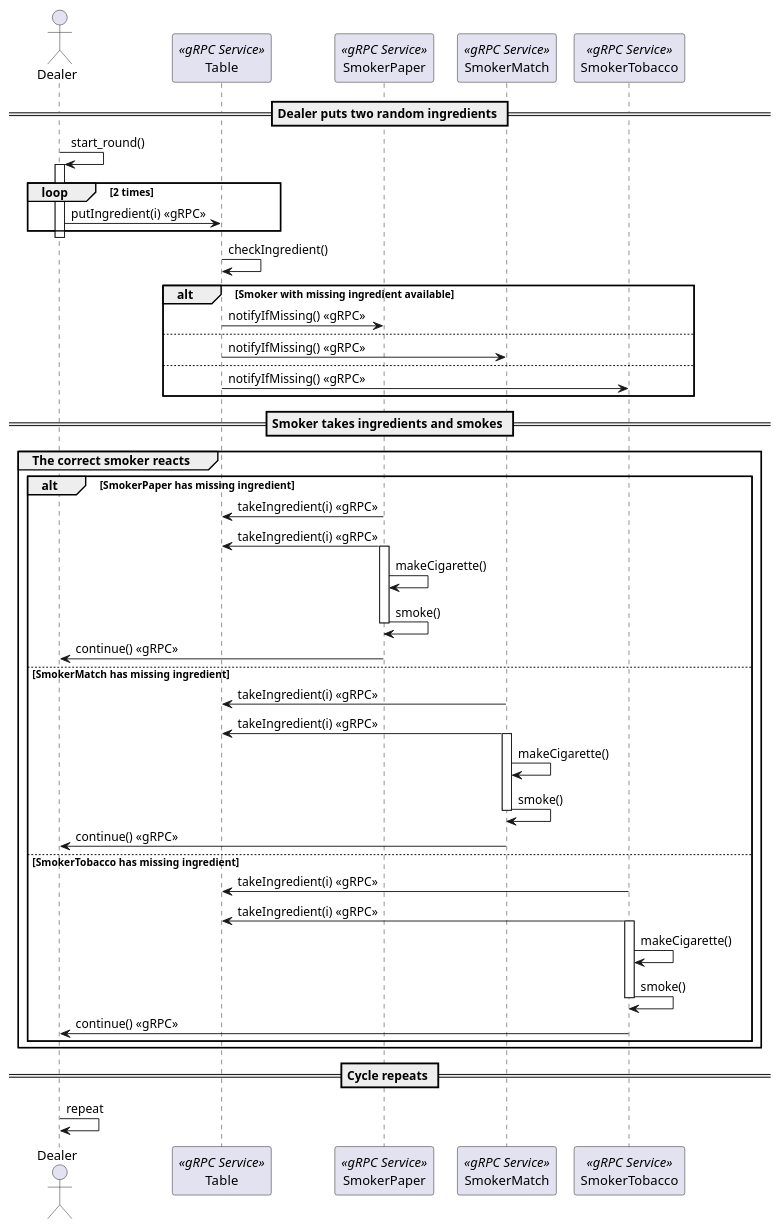
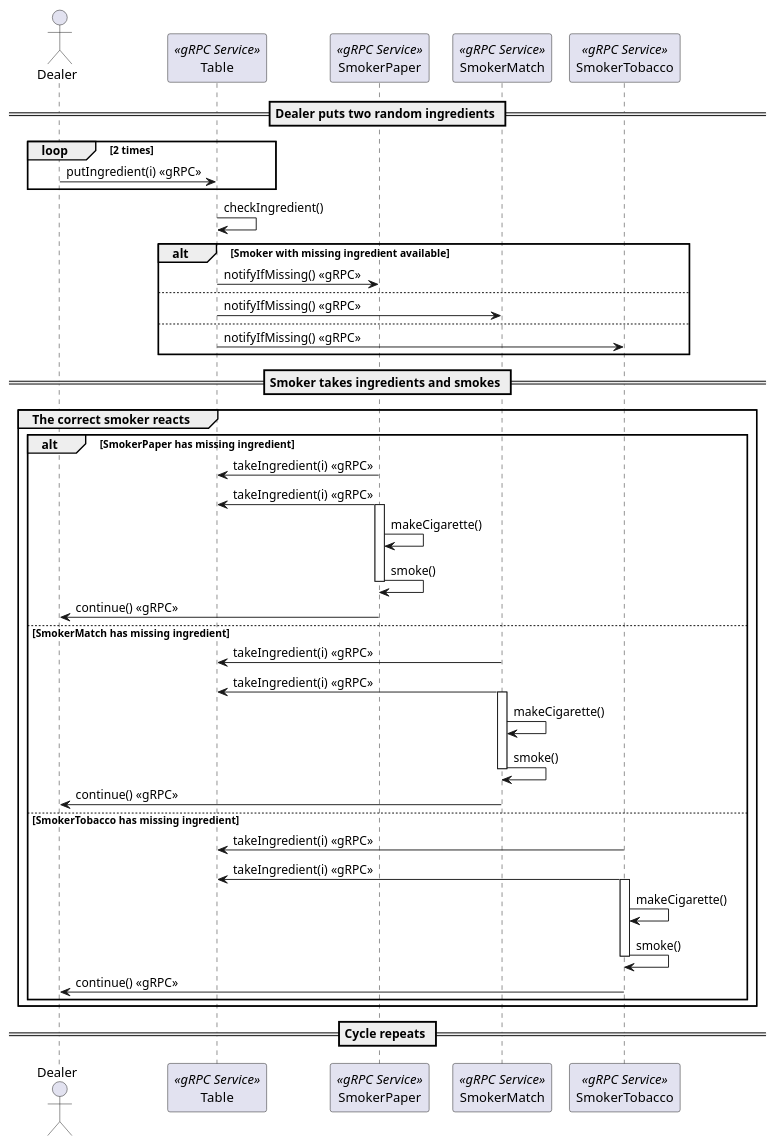
Before and after one commit to Keno-fsdf/smokers-problem-grpc: the diagram in sequenz.plantuml, drawn with PlantUML. The commit also changed 1 other file, not shown here.

Commit message:
All diagrams fixed

```diff
--- a/sequenz.plantuml
+++ b/sequenz.plantuml
@@ -1,60 +1,59 @@
 @startuml smokersProblem
 actor Dealer
 participant Table <<gRPC Service>>
 participant SmokerPaper <<gRPC Service>>
 participant SmokerMatch <<gRPC Service>>
 participant SmokerTobacco <<gRPC Service>>
 
 == Dealer puts two random ingredients ==
-Dealer -> Dealer: start_round()
-activate Dealer
+
 loop 2 times
     Dealer -> Table: putIngredient(i) <<gRPC>>
 end
-deactivate Dealer
+
 
 
 Table -> Table: checkIngredient()
 
 alt Smoker with missing ingredient available
 Table -> SmokerPaper: notifyIfMissing() <<gRPC>>
 else
 Table -> SmokerMatch: notifyIfMissing() <<gRPC>>
 else
 Table -> SmokerTobacco: notifyIfMissing() <<gRPC>>
 end
 
 == Smoker takes ingredients and smokes ==
 
 group The correct smoker reacts
 alt SmokerPaper has missing ingredient
 SmokerPaper -> Table: takeIngredient(i) <<gRPC>>
 SmokerPaper -> Table: takeIngredient(i) <<gRPC>>
 activate SmokerPaper
 SmokerPaper -> SmokerPaper: makeCigarette()
 SmokerPaper -> SmokerPaper: smoke()
 deactivate SmokerPaper
 SmokerPaper -> Dealer: continue() <<gRPC>>
 else SmokerMatch has missing ingredient
 SmokerMatch -> Table: takeIngredient(i) <<gRPC>>
 SmokerMatch -> Table: takeIngredient(i) <<gRPC>>
 activate SmokerMatch
 SmokerMatch -> SmokerMatch: makeCigarette()
 SmokerMatch -> SmokerMatch: smoke()
 deactivate SmokerMatch
 SmokerMatch -> Dealer: continue() <<gRPC>>
 else SmokerTobacco has missing ingredient
 SmokerTobacco -> Table: takeIngredient(i) <<gRPC>>
 SmokerTobacco -> Table: takeIngredient(i) <<gRPC>>
 activate SmokerTobacco
 SmokerTobacco -> SmokerTobacco: makeCigarette()
 SmokerTobacco -> SmokerTobacco: smoke()
 deactivate SmokerTobacco
 SmokerTobacco -> Dealer: continue() <<gRPC>>
 end
 end
 
 == Cycle repeats ==
-Dealer -> Dealer: repeat
+
 
 @enduml 
```
